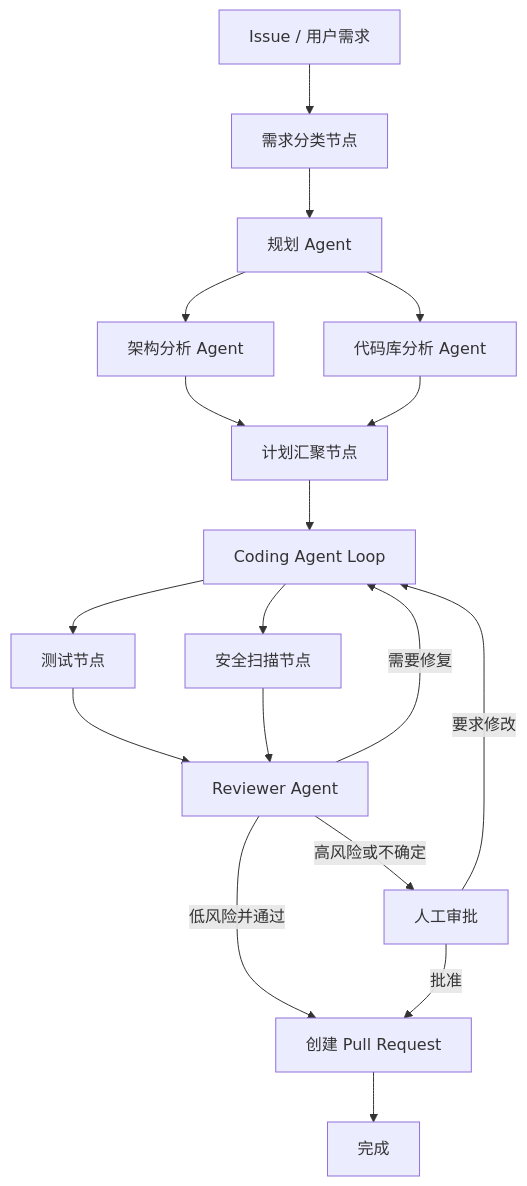
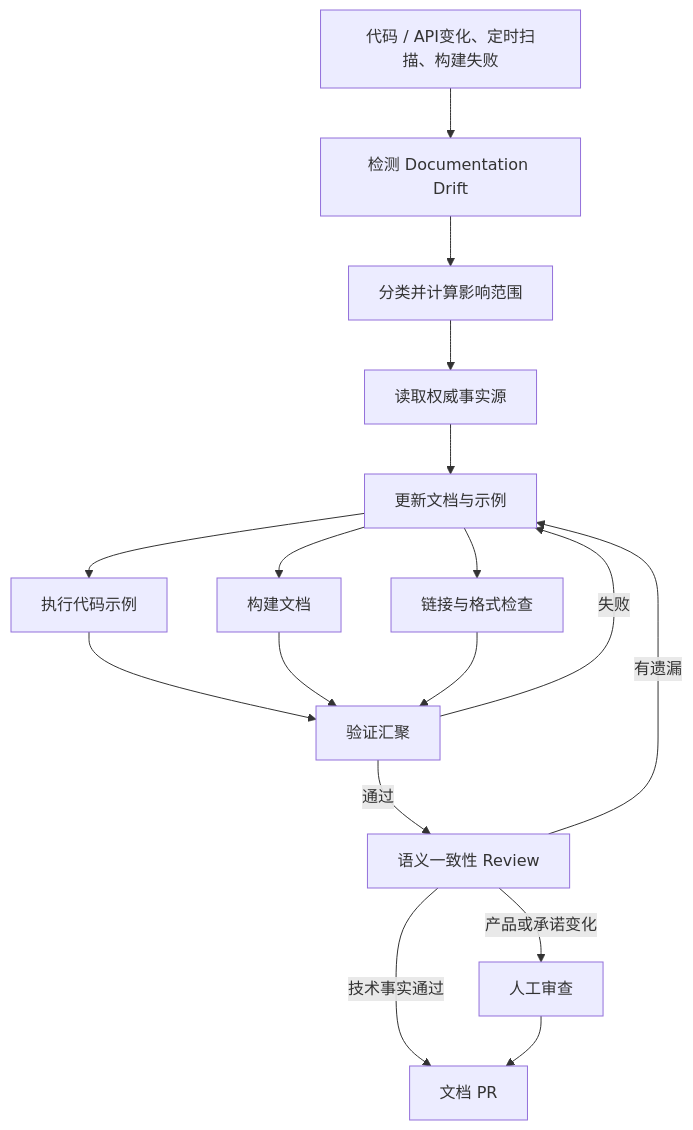
One commit to cdavid817/agent-book changed the ninth of 11 diagrams in 附录/附录22-主流LoopEngineering系统全景.md. Above: the diagram before and after it, drawn with Mermaid. The commit also changed other lines of this file, not shown here.

````diff
--- a/附录/附录22-主流LoopEngineering系统全景.md
+++ b/附录/附录22-主流LoopEngineering系统全景.md
@@ -2612,42 +2505,19 @@
 ```mermaid
 flowchart TB
-    Issue["Issue / 用户需求"]
-    Triage["需求分类节点"]
-    Planner["规划 Agent"]
-    Arch["架构分析 Agent"]
-    Repo["代码库分析 Agent"]
-    MergePlan["计划汇聚节点"]
-    Implement["Coding Agent Loop"]
-    Test["测试节点"]
-    Security["安全扫描节点"]
-    Reviewer["Reviewer Agent"]
-    Approval["人工审批"]
-    PR["创建 Pull Request"]
-    End["完成"]
-
-    Issue --> Triage
-    Triage --> Planner
-
-    Planner --> Arch
-    Planner --> Repo
-
-    Arch --> MergePlan
-    Repo --> MergePlan
-
-    MergePlan --> Implement
-
-    Implement --> Test
-    Implement --> Security
-
-    Test --> Reviewer
-    Security --> Reviewer
-
-    Reviewer -->|"需要修复"| Implement
-    Reviewer -->|"低风险并通过"| PR
-    Reviewer -->|"高风险或不确定"| Approval
-
-    Approval -->|"批准"| PR
-    Approval -->|"要求修改"| Implement
-
-    PR --> End
+    T["代码 / API变化、定时扫描、构建失败"] --> D["检测 Documentation Drift"]
+    D --> C["分类并计算影响范围"]
+    C --> S["读取权威事实源"]
+    S --> U["更新文档与示例"]
+    U --> E["执行代码示例"]
+    U --> B["构建文档"]
+    U --> L["链接与格式检查"]
+    E --> J["验证汇聚"]
+    B --> J
+    L --> J
+    J -->|"失败"| U
+    J -->|"通过"| R["语义一致性 Review"]
+    R -->|"有遗漏"| U
+    R -->|"技术事实通过"| P["文档 PR"]
+    R -->|"产品或承诺变化"| H["人工审查"]
+    H --> P
 ```
````
